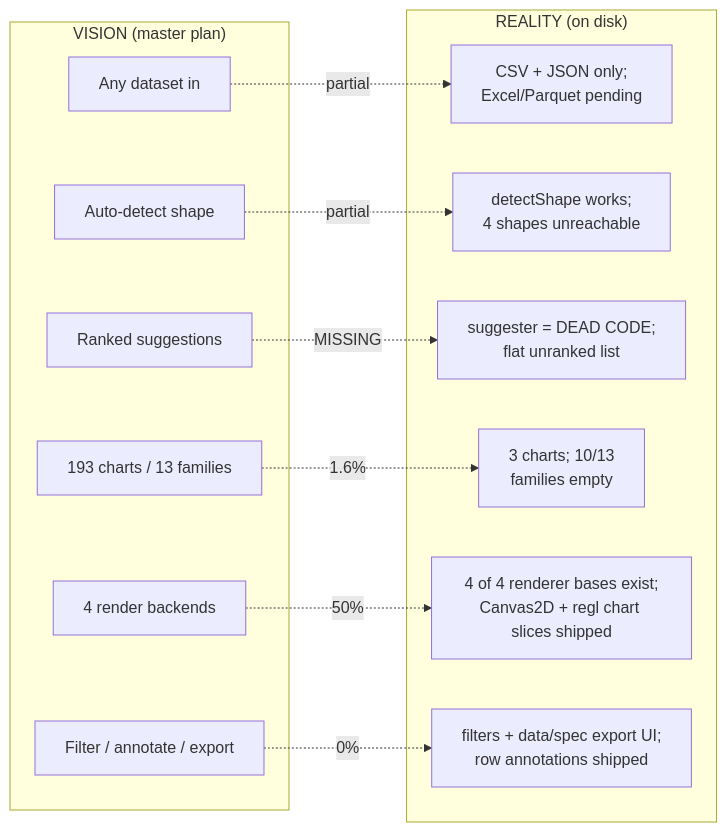
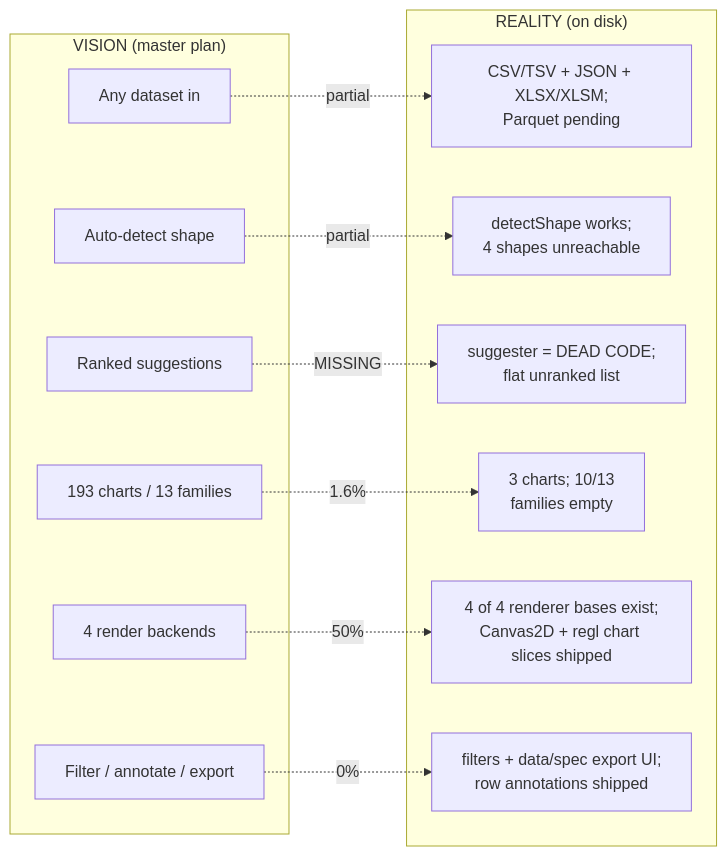
The first of 3 diagrams in docs/EXECUTION_ROADMAP.md (amrambouskila/business-intelligence), drawn with Mermaid before and after one commit. The commit also changed other lines of this file and 11 other files, not shown here.

````diff
--- a/docs/EXECUTION_ROADMAP.md
+++ b/docs/EXECUTION_ROADMAP.md
@@ -33,25 +33,25 @@
 ```mermaid
 graph LR
     subgraph Vision["VISION (master plan)"]
         V1[Any dataset in]
         V2[Auto-detect shape]
         V3[Ranked suggestions]
         V4[193 charts / 13 families]
         V5[4 render backends]
         V6[Filter / annotate / export]
     end
     subgraph Reality["REALITY (on disk)"]
-        R1[CSV + JSON only;<br/>Excel/Parquet pending]
+        R1[CSV/TSV + JSON + XLSX/XLSM;<br/>Parquet pending]
         R2[detectShape works;<br/>4 shapes unreachable]
         R3[suggester = DEAD CODE;<br/>flat unranked list]
         R4[3 charts; 10/13<br/>families empty]
         R5[4 of 4 renderer bases exist;<br/>Canvas2D + regl chart slices shipped]
         R6[filters + data/spec export UI;<br/>row annotations shipped]
     end
     V1 -.->|partial| R1
     V2 -.->|partial| R2
     V3 -.->|MISSING| R3
     V4 -.->|1.6%| R4
     V5 -.->|50%| R5
     V6 -.->|0%| R6
 ```
````
